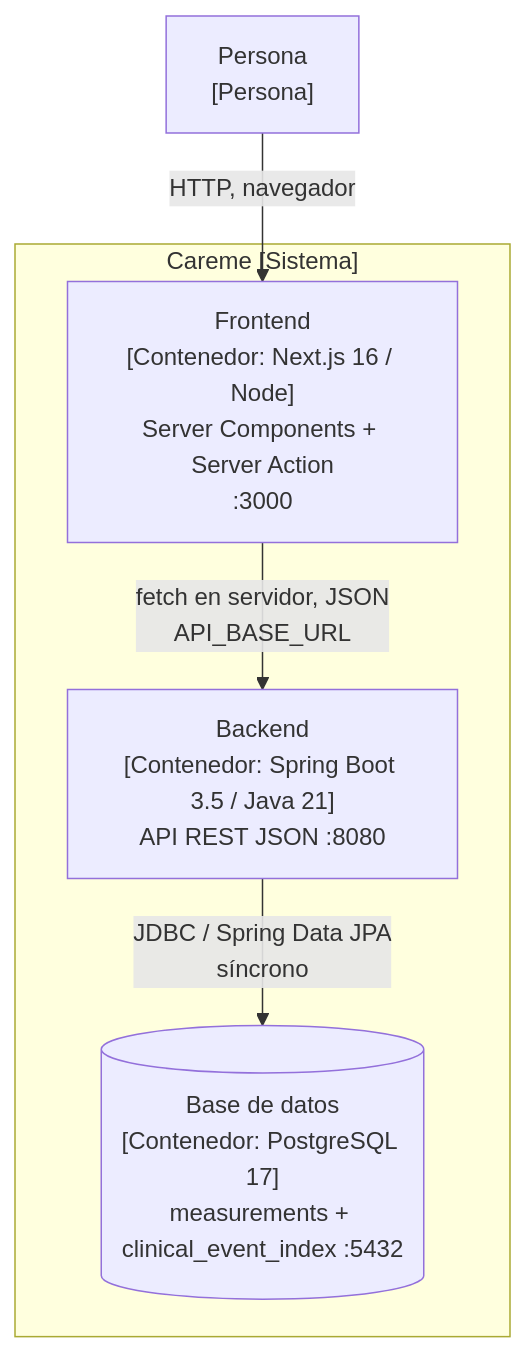
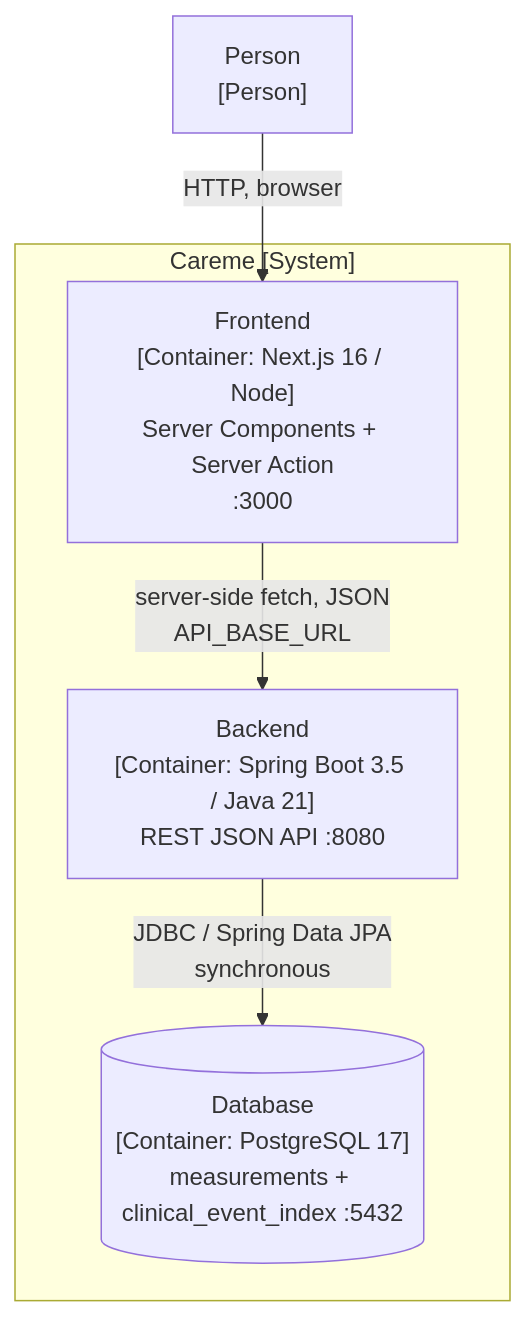
One commit to devmauriciopineda/careme changed the second of 4 diagrams in docs/architecture.md. Above: the diagram before and after it, drawn with Mermaid. The commit also changed other lines of this file and 46 other files, not shown here.

````diff
--- a/docs/architecture.md
+++ b/docs/architecture.md
@@ -117,12 +117,12 @@
 ```mermaid
 flowchart TB
-    persona["Persona<br/>[Persona]"]
-    subgraph careme["Careme [Sistema]"]
-        fe["Frontend<br/>[Contenedor: Next.js 16 / Node]<br/>Server Components + Server Action<br/>:3000"]
-        be["Backend<br/>[Contenedor: Spring Boot 3.5 / Java 21]<br/>API REST JSON :8080"]
-        db[("Base de datos<br/>[Contenedor: PostgreSQL 17]<br/>measurements + clinical_event_index :5432")]
+    person["Person<br/>[Person]"]
+    subgraph careme["Careme [System]"]
+        fe["Frontend<br/>[Container: Next.js 16 / Node]<br/>Server Components + Server Action<br/>:3000"]
+        be["Backend<br/>[Container: Spring Boot 3.5 / Java 21]<br/>REST JSON API :8080"]
+        db[("Database<br/>[Container: PostgreSQL 17]<br/>measurements + clinical_event_index :5432")]
     end
-    persona -->|"HTTP, navegador"| fe
-    fe -->|"fetch en servidor, JSON<br/>API_BASE_URL"| be
-    be -->|"JDBC / Spring Data JPA<br/>síncrono"| db
+    person -->|"HTTP, browser"| fe
+    fe -->|"server-side fetch, JSON<br/>API_BASE_URL"| be
+    be -->|"JDBC / Spring Data JPA<br/>synchronous"| db
 ```
````
